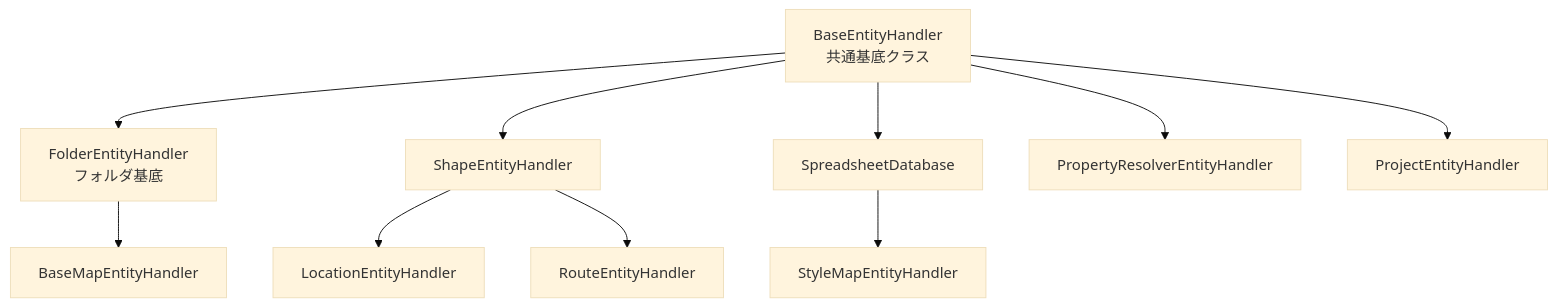
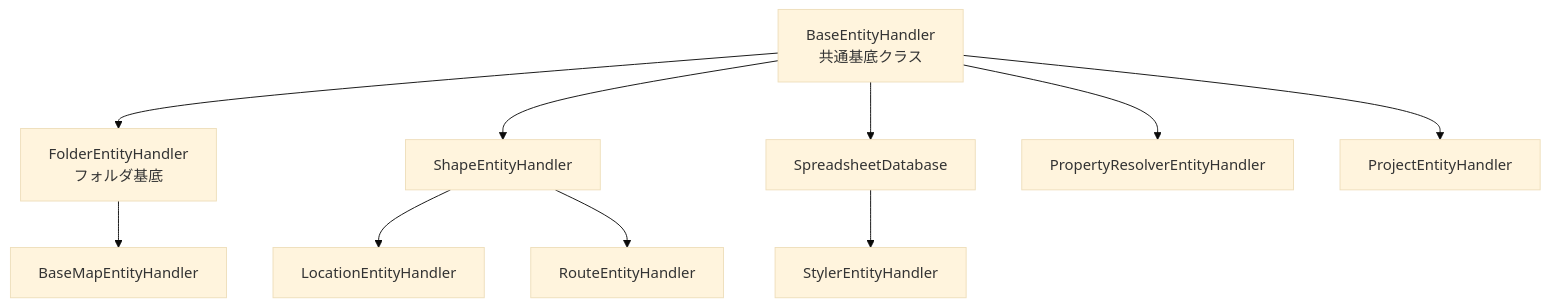
One commit to kubohiroya/hierarchidb changed the diagram in docs/deprecated/PLUGIN_COMMONIZATION_EXTENDED_ANALYSIS.md. Above: the diagram before and after it, drawn with Mermaid (base theme). The commit also changed other lines of this file and 267 other files, not shown here.

````diff
--- a/docs/deprecated/PLUGIN_COMMONIZATION_EXTENDED_ANALYSIS.md
+++ b/docs/deprecated/PLUGIN_COMMONIZATION_EXTENDED_ANALYSIS.md
@@ -20,30 +20,30 @@
 ```mermaid
 graph TD
     BaseEntityHandler[BaseEntityHandler<br/>共通基底クラス]
     
     FolderHandler[FolderEntityHandler<br/>フォルダ基底]
     BaseMapHandler[BaseMapEntityHandler]
     
     ShapeHandler[ShapeEntityHandler]
     LocationHandler[LocationEntityHandler]
     RouteHandler[RouteEntityHandler]
     
     SpreadsheetDB[SpreadsheetDatabase]
-    StyleMapHandler[StyleMapEntityHandler]
+    StylerHandler[StylerEntityHandler]
     
     PropertyResolverHandler[PropertyResolverEntityHandler]
     ProjectHandler[ProjectEntityHandler]
     
     BaseEntityHandler --> FolderHandler
     FolderHandler --> BaseMapHandler
     
     BaseEntityHandler --> ShapeHandler
     ShapeHandler --> LocationHandler
     ShapeHandler --> RouteHandler
     
     BaseEntityHandler --> SpreadsheetDB
-    SpreadsheetDB --> StyleMapHandler
+    SpreadsheetDB --> StylerHandler
     
     BaseEntityHandler --> PropertyResolverHandler
     BaseEntityHandler --> ProjectHandler
 ```
````
